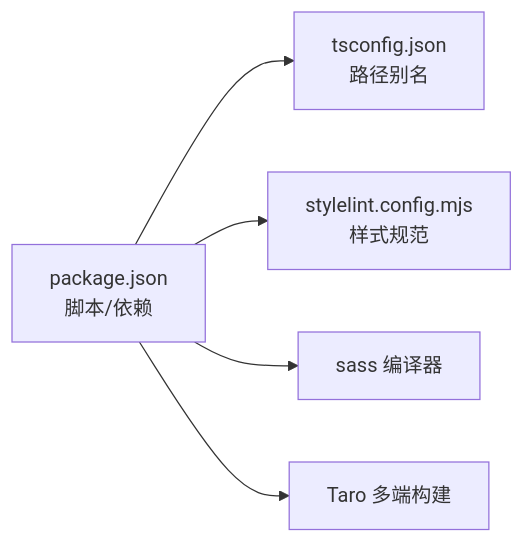
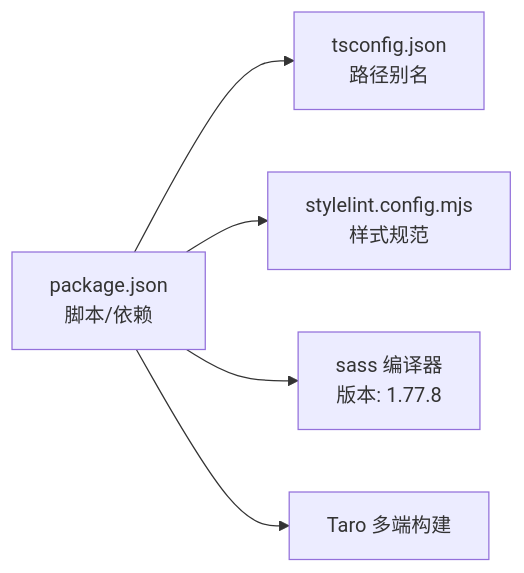
One commit to zuolinbao/redbook changed the sixth of 6 diagrams in .qoder/repowiki/zh/content/样式系统/样式系统.md. Above: the diagram before and after it, drawn with Mermaid. The commit also changed other lines of this file and 4 other files, not shown here.

Commit message:
feat: 将userRealName和ordinaryuserRealName页面的Field label改为图标形式

````diff
--- a/.qoder/repowiki/zh/content/样式系统/样式系统.md
+++ b/.qoder/repowiki/zh/content/样式系统/样式系统.md
@@ -361,7 +363,7 @@
 ```mermaid
 graph LR
 P["package.json<br/>脚本/依赖"] --> T["tsconfig.json<br/>路径别名"]
 P --> L["stylelint.config.mjs<br/>样式规范"]
-P --> S["sass 编译器"]
+P --> S["sass 编译器<br/>版本: 1.77.8"]
 P --> R["Taro 多端构建"]
 ```
````
